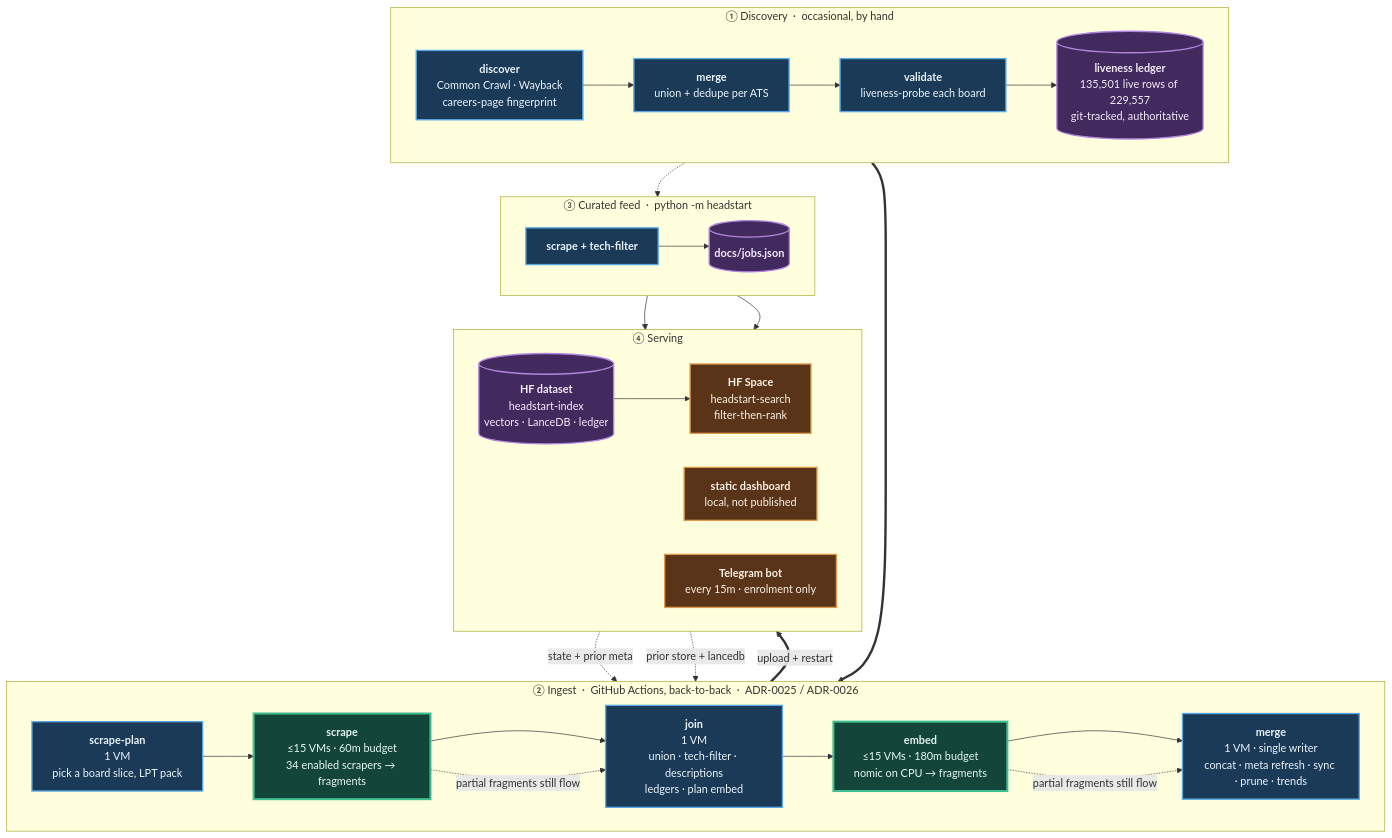
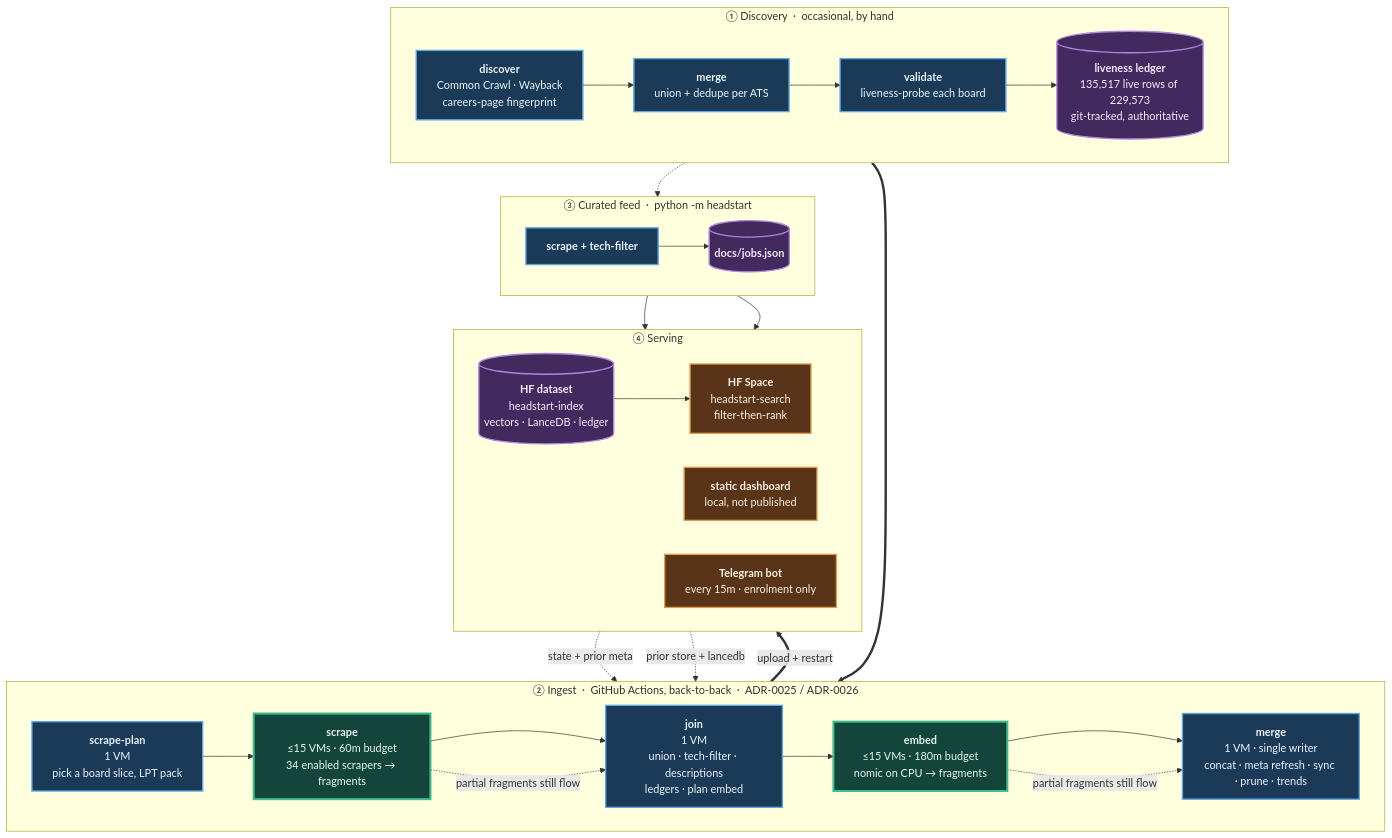
One commit to sarthakjain004/headstart changed the diagram in README.md. Above: the diagram before and after it, drawn with Mermaid. The commit also changed other lines of this file and 1 other file, not shown here.

````diff
--- a/README.md
+++ b/README.md
@@ -137,56 +141,56 @@
 ```mermaid
 flowchart TB
     subgraph D["① Discovery &nbsp;·&nbsp; occasional, by hand"]
         direction LR
         D1["<b>discover</b><br/>Common Crawl · Wayback<br/>careers-page fingerprint"]
         D2["<b>merge</b><br/>union + dedupe per ATS"]
         D3["<b>validate</b><br/>liveness-probe each board"]
-        D4[("<b>liveness ledger</b><br/>135,501 live rows of 229,557<br/>git-tracked, authoritative")]
+        D4[("<b>liveness ledger</b><br/>135,517 live rows of 229,573<br/>git-tracked, authoritative")]
         D1 --> D2 --> D3 --> D4
     end
 
     subgraph P["② Ingest &nbsp;·&nbsp; GitHub Actions, back-to-back &nbsp;·&nbsp; ADR-0025 / ADR-0026"]
         direction LR
         P1["<b>scrape-plan</b><br/>1 VM<br/>pick a board slice, LPT pack"]
         P2["<b>scrape</b><br/>≤15 VMs · 60m budget<br/>34 enabled scrapers → fragments"]
         P3["<b>join</b><br/>1 VM<br/>union · tech-filter · descriptions<br/>ledgers · plan embed"]
         P4["<b>embed</b><br/>≤15 VMs · 180m budget<br/>nomic on CPU → fragments"]
         P5["<b>merge</b><br/>1 VM · single writer<br/>concat · meta refresh · sync · prune · trends"]
         P1 --> P2 --> P3 --> P4 --> P5
     end
 
     subgraph F["③ Curated feed &nbsp;·&nbsp; python -m headstart"]
         direction LR
         F1["<b>scrape + tech-filter</b>"]
         F2[("<b>docs/jobs.json</b>")]
         F1 --> F2
     end
 
     subgraph S["④ Serving"]
         direction LR
         S1[("<b>HF dataset</b><br/>headstart-index<br/>vectors · LanceDB · ledger")]
         S2["<b>HF Space</b><br/>headstart-search<br/>filter-then-rank"]
         S3["<b>static dashboard</b><br/>local, not published"]
         S4["<b>Telegram bot</b><br/>every 15m · enrolment only"]
         S1 --> S2
     end
 
     D4 ==> P1
     S1 -. "state + prior meta" .-> P1
     S1 -. "prior store + lancedb" .-> P5
     D4 -.-> F1
     P5 ==>|"upload + restart"| S1
     F2 --> S3
     F2 --> S4
     P2 -. "partial fragments still flow" .-> P3
     P4 -. "partial fragments still flow" .-> P5
 
     classDef serial fill:#1b3a57,stroke:#5aa9e6,stroke-width:2px,color:#eaf4fc
     classDef fan fill:#14453a,stroke:#3fbf8f,stroke-width:3px,color:#e4f7f0
     classDef store fill:#42295e,stroke:#b184dd,stroke-width:2px,color:#f4ecfc
     classDef serve fill:#5a3418,stroke:#e09a4f,stroke-width:2px,color:#fbf1e6
     class D1,D2,D3,P1,P3,P5,F1 serial
     class P2,P4 fan
     class D4,F2,S1 store
     class S2,S3,S4 serve
 ```
````
